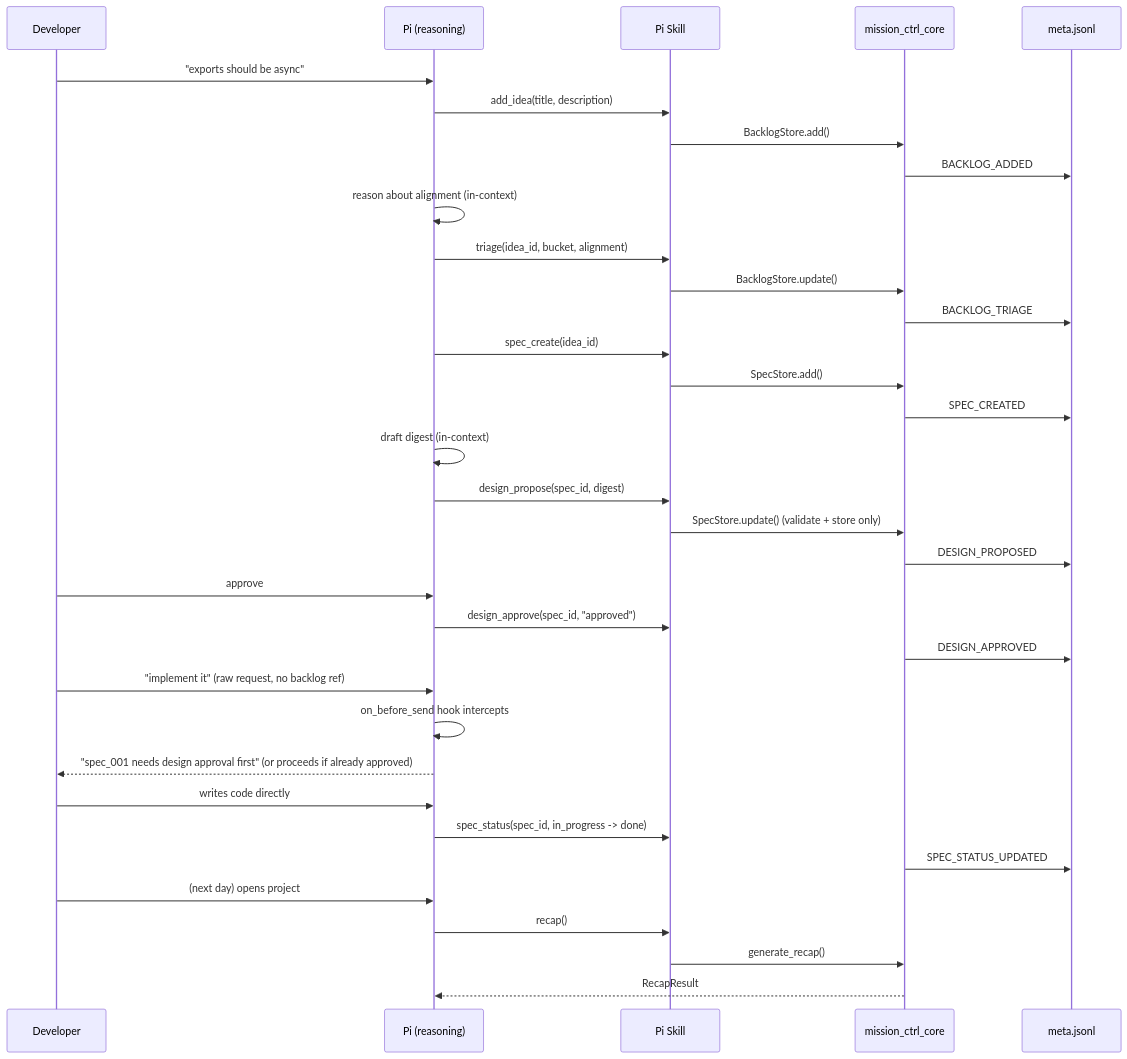
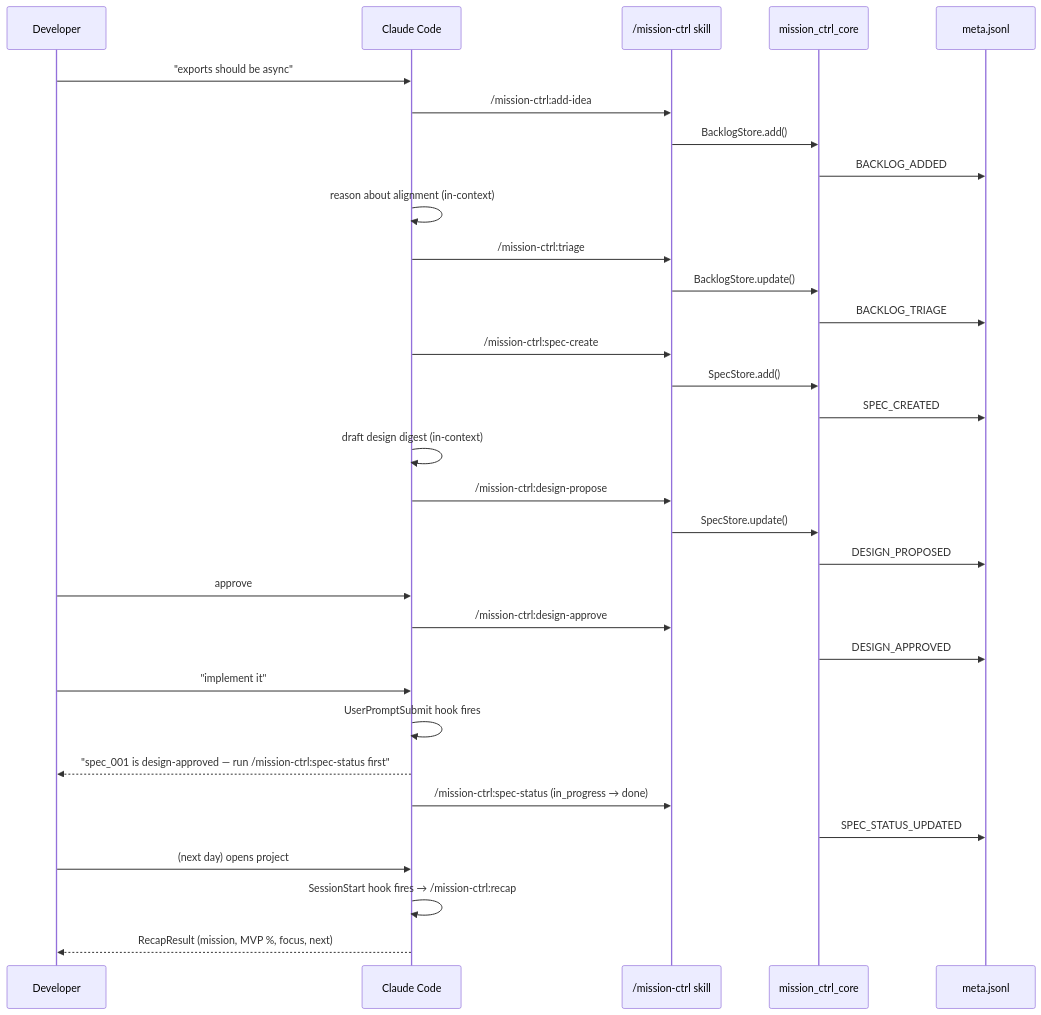
The third of 4 diagrams in mission-ctrl/docs/architecture.md (sdevikar/sdlc-tools), drawn with Mermaid before and after one commit. The commit also changed other lines of this file and 14 other files, not shown here.

````diff
--- a/mission-ctrl/docs/architecture.md
+++ b/mission-ctrl/docs/architecture.md
@@ -66,44 +73,42 @@
 ```mermaid
 sequenceDiagram
     participant Dev as Developer
-    participant Pi as Pi (reasoning)
-    participant Skill as Pi Skill
+    participant CC as Claude Code
+    participant Skill as /mission-ctrl skill
     participant Core as mission_ctrl_core
     participant Meta as meta.jsonl
 
-    Dev->>Pi: "exports should be async"
-    Pi->>Skill: add_idea(title, description)
+    Dev->>CC: "exports should be async"
+    CC->>Skill: /mission-ctrl:add-idea
     Skill->>Core: BacklogStore.add()
     Core->>Meta: BACKLOG_ADDED
 
-    Pi->>Pi: reason about alignment (in-context)
-    Pi->>Skill: triage(idea_id, bucket, alignment)
+    CC->>CC: reason about alignment (in-context)
+    CC->>Skill: /mission-ctrl:triage
     Skill->>Core: BacklogStore.update()
     Core->>Meta: BACKLOG_TRIAGE
 
-    Pi->>Skill: spec_create(idea_id)
+    CC->>Skill: /mission-ctrl:spec-create
     Skill->>Core: SpecStore.add()
     Core->>Meta: SPEC_CREATED
 
-    Pi->>Pi: draft digest (in-context)
-    Pi->>Skill: design_propose(spec_id, digest)
-    Skill->>Core: SpecStore.update() (validate + store only)
+    CC->>CC: draft design digest (in-context)
+    CC->>Skill: /mission-ctrl:design-propose
+    Skill->>Core: SpecStore.update()
     Core->>Meta: DESIGN_PROPOSED
 
-    Dev->>Pi: approve
-    Pi->>Skill: design_approve(spec_id, "approved")
+    Dev->>CC: approve
+    CC->>Skill: /mission-ctrl:design-approve
     Core->>Meta: DESIGN_APPROVED
 
-    Dev->>Pi: "implement it" (raw request, no backlog ref)
-    Pi->>Pi: on_before_send hook intercepts
-    Pi-->>Dev: "spec_001 needs design approval first" (or proceeds if already approved)
+    Dev->>CC: "implement it"
+    CC->>CC: UserPromptSubmit hook fires
+    CC-->>Dev: "spec_001 is design-approved — run /mission-ctrl:spec-status first"
 
-    Dev->>Pi: writes code directly
-    Pi->>Skill: spec_status(spec_id, in_progress -> done)
+    CC->>Skill: /mission-ctrl:spec-status (in_progress → done)
     Core->>Meta: SPEC_STATUS_UPDATED
 
-    Dev->>Pi: (next day) opens project
-    Pi->>Skill: recap()
-    Skill->>Core: generate_recap()
-    Core-->>Pi: RecapResult
+    Dev->>CC: (next day) opens project
+    CC->>CC: SessionStart hook fires → /mission-ctrl:recap
+    CC-->>Dev: RecapResult (mission, MVP %, focus, next)
 ```
````
